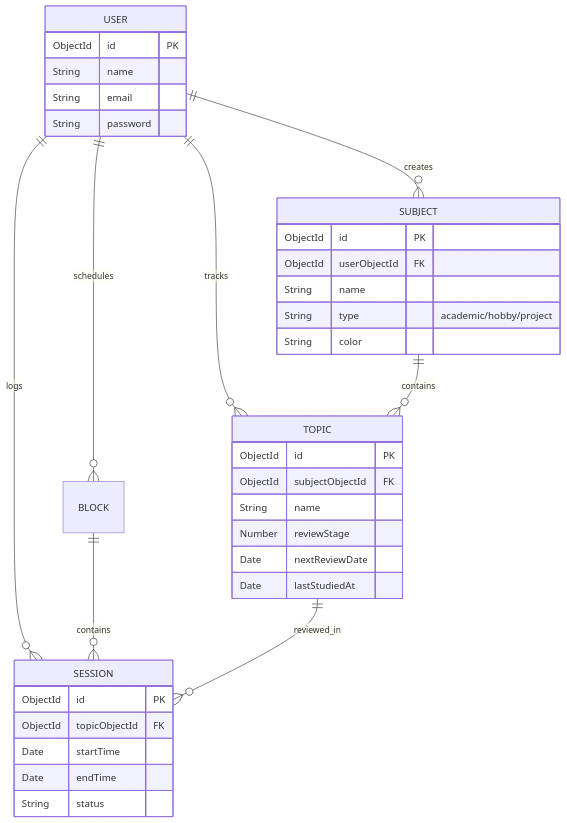
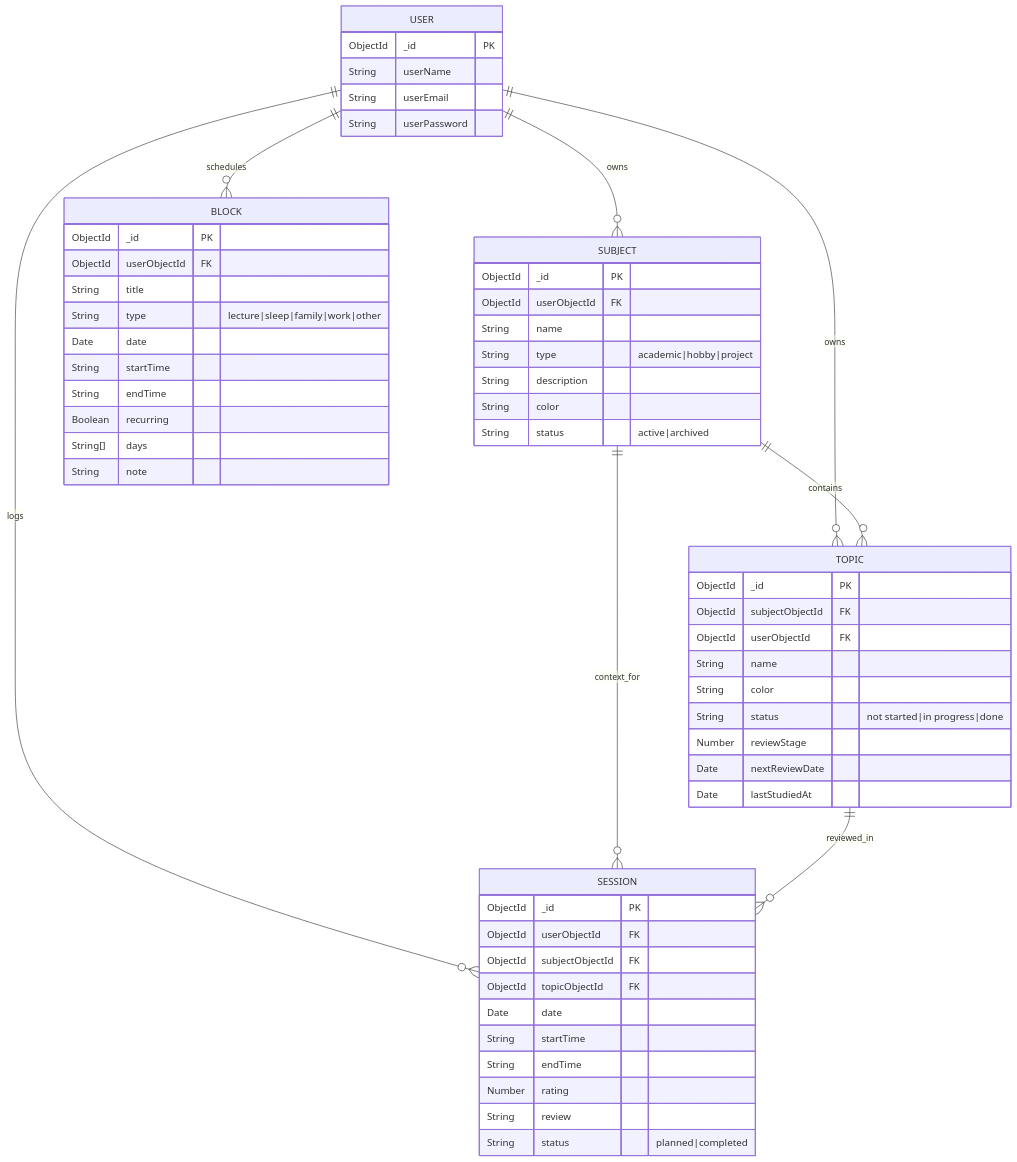
The second of 3 diagrams in README.md (Naveen-nm27/SunsetStudy), drawn with Mermaid before and after one commit. The commit also changed other lines of this file, not shown here.

````diff
--- a/README.md
+++ b/README.md
@@ -96,43 +98,66 @@
 ```mermaid
 erDiagram
-    USER ||--o{ SUBJECT : creates
-    USER ||--o{ TOPIC : tracks
+    USER ||--o{ SUBJECT : owns
+    USER ||--o{ TOPIC : owns
     USER ||--o{ BLOCK : schedules
     USER ||--o{ SESSION : logs
-    
+
     SUBJECT ||--o{ TOPIC : contains
-    BLOCK ||--o{ SESSION : contains
+    SUBJECT ||--o{ SESSION : context_for
     TOPIC ||--o{ SESSION : reviewed_in
 
     USER {
-        ObjectId id PK
-        String name
-        String email
-        String password
+        ObjectId _id PK
+        String userName
+        String userEmail
+        String userPassword
     }
-    
+
     SUBJECT {
-        ObjectId id PK
+        ObjectId _id PK
         ObjectId userObjectId FK
         String name
-        String type "academic/hobby/project"
+        String type "academic|hobby|project"
+        String description
         String color
+        String status "active|archived"
     }
-    
+
     TOPIC {
-        ObjectId id PK
+        ObjectId _id PK
         ObjectId subjectObjectId FK
+        ObjectId userObjectId FK
         String name
+        String color
+        String status "not started|in progress|done"
         Number reviewStage
         Date nextReviewDate
         Date lastStudiedAt
     }
-    
+
+    BLOCK {
+        ObjectId _id PK
+        ObjectId userObjectId FK
+        String title
+        String type "lecture|sleep|family|work|other"
+        Date date
+        String startTime
+        String endTime
+        Boolean recurring
+        String[] days
+        String note
+    }
+
     SESSION {
-        ObjectId id PK
+        ObjectId _id PK
+        ObjectId userObjectId FK
+        ObjectId subjectObjectId FK
         ObjectId topicObjectId FK
-        Date startTime
-        Date endTime
-        String status
+        Date date
+        String startTime
+        String endTime
+        Number rating
+        String review
+        String status "planned|completed"
     }
 ```
````
